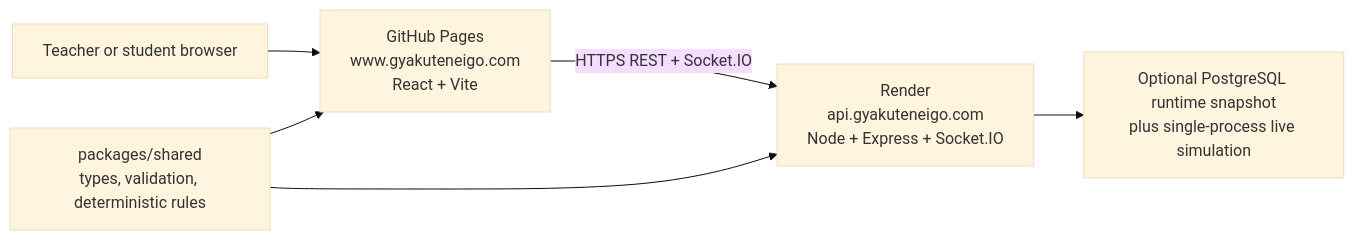
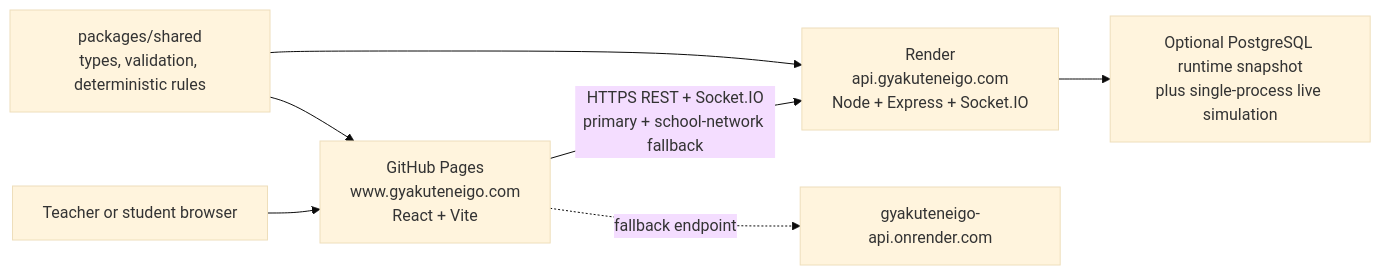
Before and after one commit to susume/GyakutenEigo: the diagram in architecture.md, drawn with Mermaid (base theme). The commit also changed other lines of this file and 8 other files, not shown here.

````diff
--- a/architecture.md
+++ b/architecture.md
@@ -7,8 +7,9 @@
 ```mermaid
 flowchart LR
   Visitor["Teacher or student browser"] --> Pages["GitHub Pages\nwww.gyakuteneigo.com\nReact + Vite"]
-  Pages -->|"HTTPS REST + Socket.IO"| Api["Render\napi.gyakuteneigo.com\nNode + Express + Socket.IO"]
+  Pages -->|"HTTPS REST + Socket.IO\nprimary + school-network fallback"| Api["Render\napi.gyakuteneigo.com\nNode + Express + Socket.IO"]
+  Pages -.->|"fallback endpoint"| RenderUrl["gyakuteneigo-api.onrender.com"]
   Api --> State["Optional PostgreSQL runtime snapshot\nplus single-process live simulation"]
   Shared["packages/shared\ntypes, validation, deterministic rules"] --> Pages
   Shared --> Api
 ```
````
